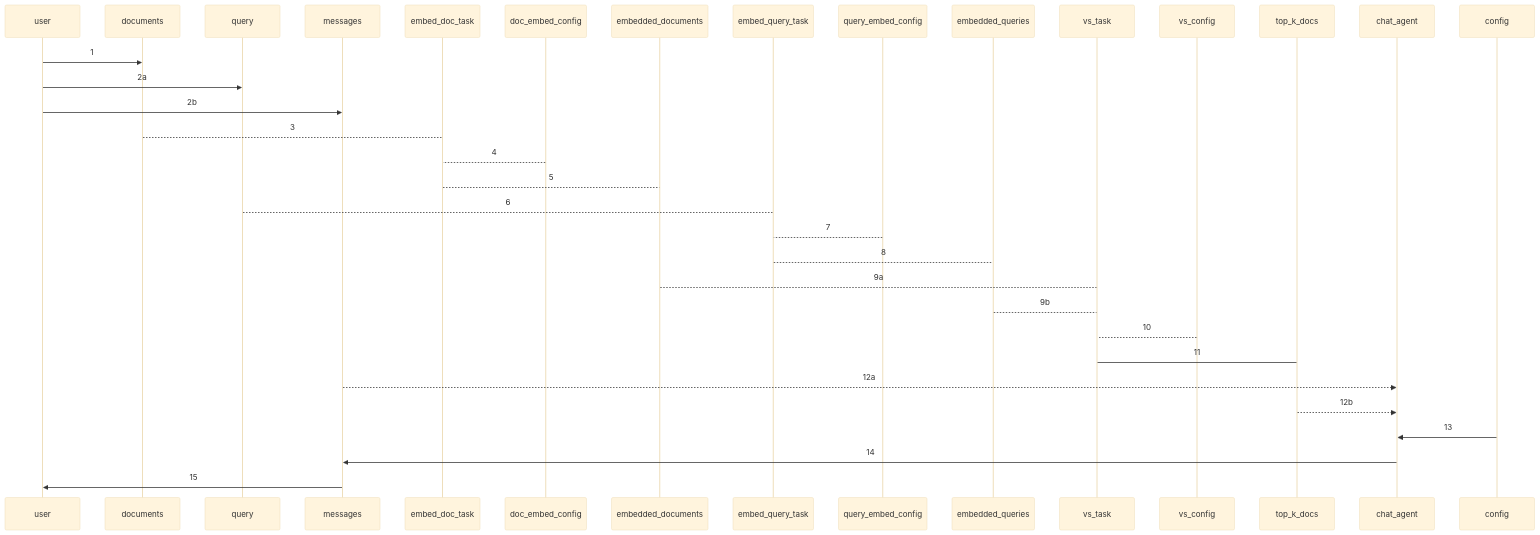
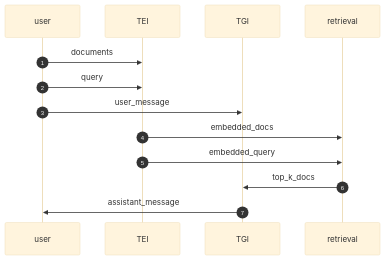
Before and after one commit to biom8er/phymes: the first of 2 diagrams in phymes-book/src/phymes-agents/rag_agent.md, drawn with Mermaid (base theme). The commit also changed other lines of this file and 107 other files, not shown here.

First line of the commit message:
feat: added mermaid.js visualizations to the UI and session builder (#95)

````diff
--- a/phymes-book/src/phymes-agents/rag_agent.md
+++ b/phymes-book/src/phymes-agents/rag_agent.md
@@ -25,21 +10,11 @@
 ```mermaid
 sequenceDiagram
-    user->>documents: 1
-    user->>query: 2a
-    user->>messages: 2b
-    documents --> embed_doc_task: 3
-    doc_embed_config --> embed_doc_task: 4
-    embed_doc_task --> embedded_documents: 5
-    query --> embed_query_task: 6
-    query_embed_config --> embed_query_task: 7
-    embed_query_task --> embedded_queries: 8
-    embedded_documents --> vs_task: 9a
-    embedded_queries --> vs_task: 9b
-    vs_config --> vs_task: 10
-    vs_task -> top_k_docs: 11
-    messages-->>chat_agent: 12a
-    top_k_docs-->>chat_agent: 12b
-    config->>chat_agent: 13
-    chat_agent->>messages: 14
-    messages->>user: 15
+    autonumber
+    user ->> TEI: documents
+    user ->> TEI: query 
+    user ->> TGI: user_message
+    TEI ->> retrieval: embedded_docs
+    TEI ->> retrieval: embedded_query
+    retrieval ->> TGI: top_k_docs
+    TGI ->> user: assistant_message
 ```
````
